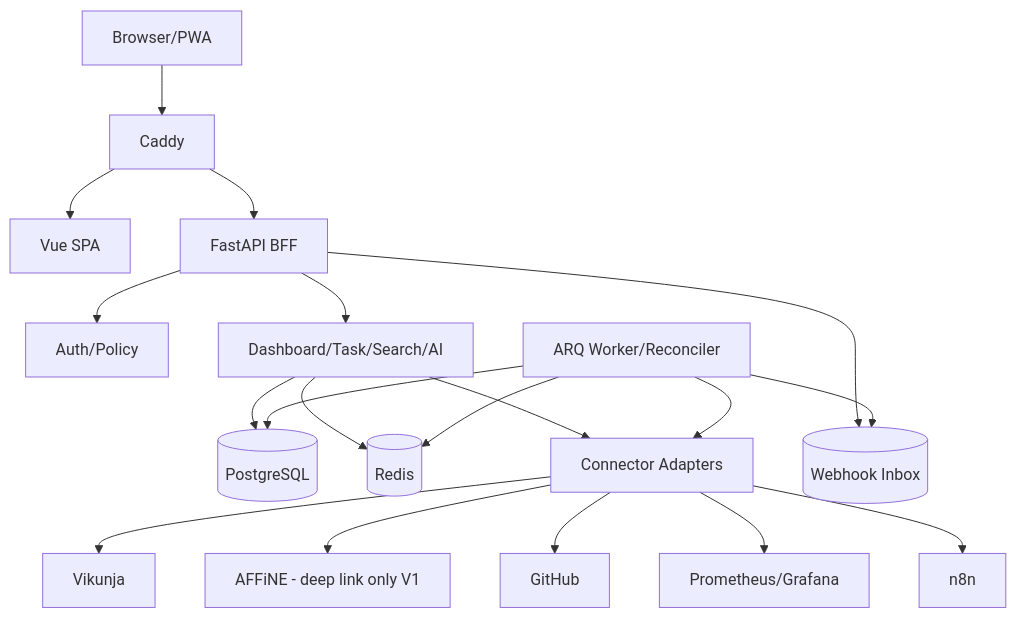
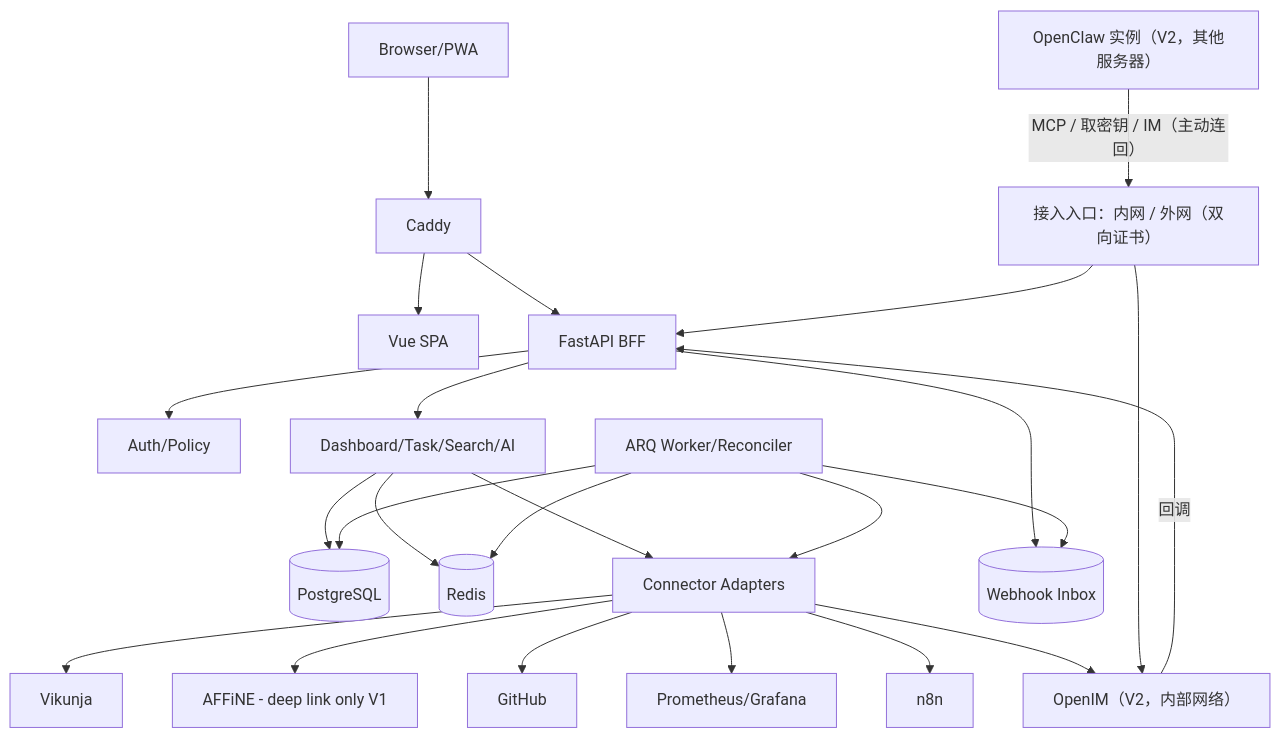
One commit to brianabc121/WorkspaceCore changed the diagram in docs/DEVELOPMENT_SPEC.md. Above: the diagram before and after it, drawn with Mermaid. The commit also changed other lines of this file and 4 other files, not shown here.

````diff
--- a/docs/DEVELOPMENT_SPEC.md
+++ b/docs/DEVELOPMENT_SPEC.md
@@ -108,21 +128,26 @@
 ```mermaid
 flowchart TD
     Browser[Browser/PWA] --> Caddy[Caddy]
     Caddy --> Web[Vue SPA]
     Caddy --> API[FastAPI BFF]
     API --> Auth[Auth/Policy]
     API --> Domain[Dashboard/Task/Search/AI]
     Domain --> PG[(PostgreSQL)]
     Domain --> Redis[(Redis)]
     Domain --> Connect[Connector Adapters]
     Connect --> Vikunja[Vikunja]
     Connect --> AFFiNE[AFFiNE - deep link only V1]
     Connect --> GitHub[GitHub]
     Connect --> Monitor[Prometheus/Grafana]
     Connect --> N8N[n8n]
+    Connect --> OpenIM["OpenIM（V2，内部网络）"]
+    Agents["OpenClaw 实例（V2，其他服务器）"] -- "MCP / 取密钥 / IM（主动连回）" --> Ingress["接入入口：内网 / 外网（双向证书）"]
+    Ingress --> API
+    Ingress --> OpenIM
+    OpenIM -- "回调" --> API
     API --> Inbox[(Webhook Inbox)]
     Worker[ARQ Worker/Reconciler] --> Inbox
     Worker --> PG
     Worker --> Connect
     Worker --> Redis
 ```
````
